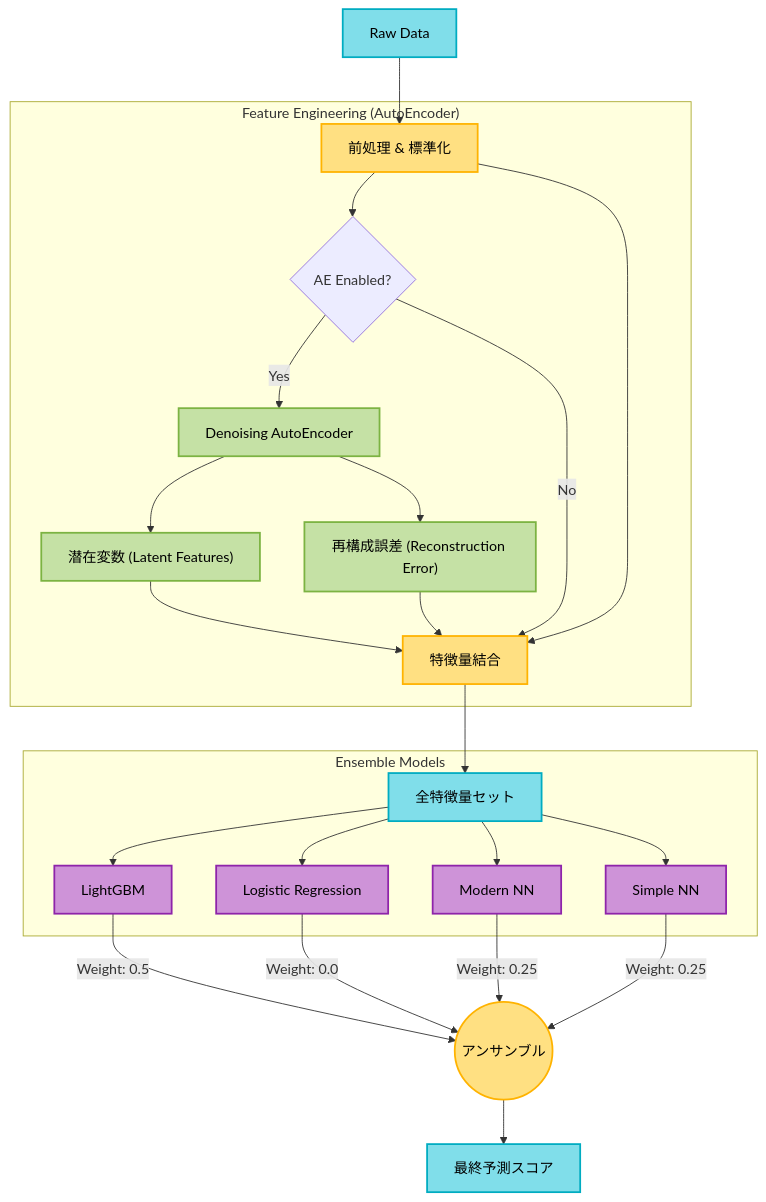
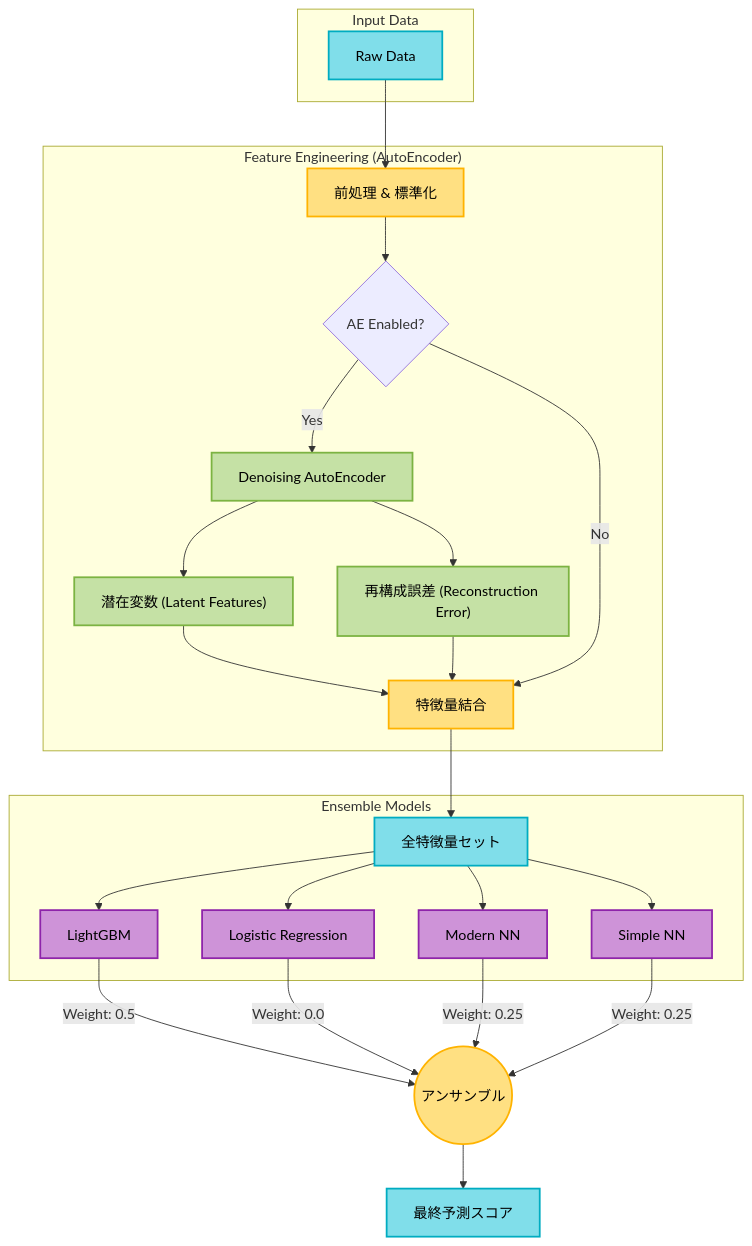
The diagram in README.md (souldrive7/stock_analysis), drawn with Mermaid before and after one commit.

Commit message:
Refactor Raw Data into Input Data subgraph
Encapsulated 'Raw Data' in a subgraph named 'Input Data' for better organization.

````diff
--- a/README.md
+++ b/README.md
@@ -17,55 +17,58 @@
 ```mermaid
 graph TD
     %% フォントと配色の設定
     %%{init: {
         'theme': 'base',
         'themeVariables': {
             'primaryTextColor': '#000000',
             'edgeLabelBackground':'#ffffff',
             'tertiaryColor': '#f0f0f0',
             'fontFamily': '"Meiryo", "BIZ UDPGothic", "Hiragino Kaku Gothic ProN", "Yu Gothic", sans-serif'
         }
     }}%%
 
     %% ノードのスタイル定義
     classDef data fill:#80DEEA,stroke:#00ACC1,stroke-width:2px,color:#000000;
     classDef process fill:#FFE082,stroke:#FFB300,stroke-width:2px,color:#000000;
     classDef ae fill:#C5E1A5,stroke:#7CB342,stroke-width:2px,color:#000000;
     classDef model fill:#CE93D8,stroke:#8E24AA,stroke-width:2px,color:#000000;
 
-    Data["Raw Data"]:::data
+    %% ★修正点: Raw Dataを「Input Data」というサブグラフで囲み、下のブロックとの距離を確保
+    subgraph "Input Data"
+        Data["Raw Data"]:::data
+    end
 
     %% サブグラフ: 特徴量エンジニアリング
     subgraph "Feature Engineering (AutoEncoder)"
         Pre["前処理 & 標準化"]:::process
         Switch{"AE Enabled?"}
         
         Switch -- Yes --> AE["Denoising AutoEncoder"]:::ae
         AE --> Latent["潜在変数 (Latent Features)"]:::ae
         AE --> Recon["再構成誤差 (Reconstruction Error)"]:::ae
         
         %% 結合処理
         Latent & Recon --> Concat["特徴量結合"]:::process
         Switch -- No --> Concat
         Pre --> Switch
-        Pre --> Concat
     end
 
+    %% ブロック間の接続
     Data --> Pre
     Concat --> Features["全特徴量セット"]:::data
 
     %% サブグラフ: アンサンブルモデル
     subgraph "Ensemble Models"
         Features --> LGBM["LightGBM"]:::model
         Features --> Logit["Logistic Regression"]:::model
         Features --> M_NN["Modern NN"]:::model
         Features --> S_NN["Simple NN"]:::model
     end
 
     LGBM -->|Weight: 0.5| Ens(("アンサンブル")):::process
     Logit -->|Weight: 0.0| Ens
     M_NN -->|Weight: 0.25| Ens
     S_NN -->|Weight: 0.25| Ens
 
     Ens --> Result["最終予測スコア"]:::data
 ```
````
